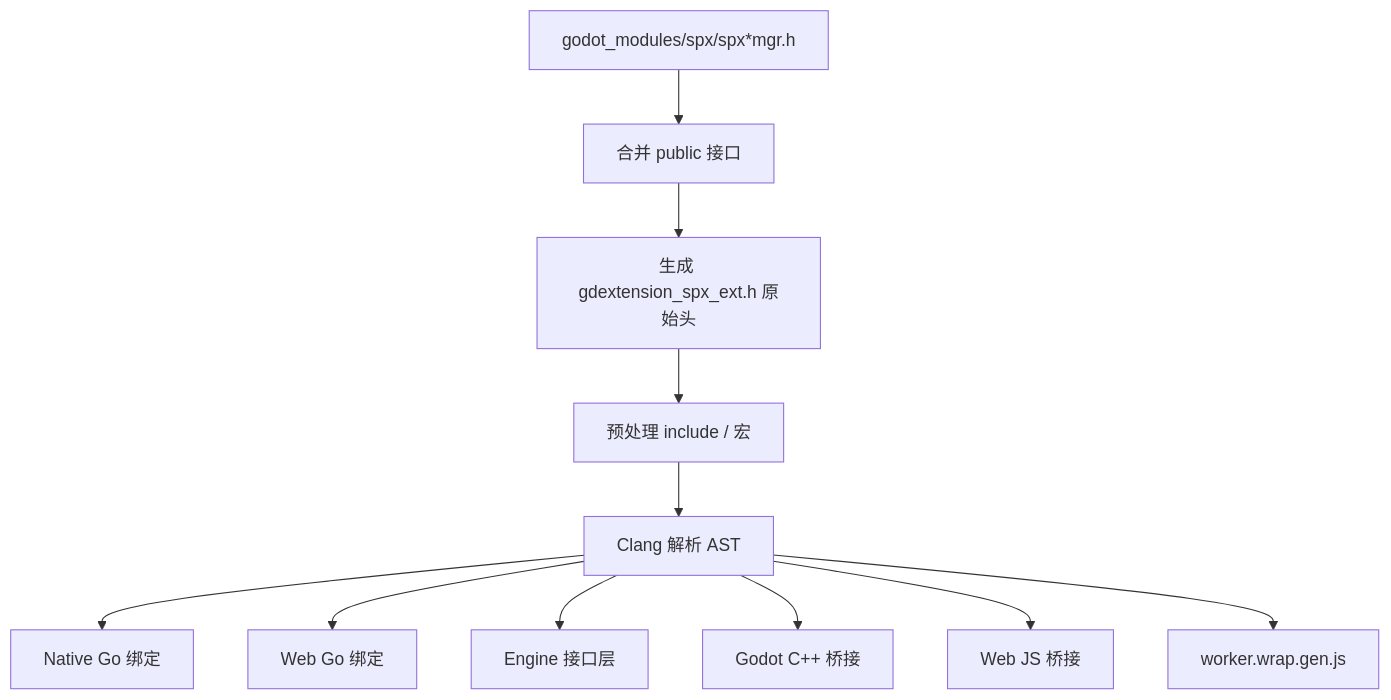
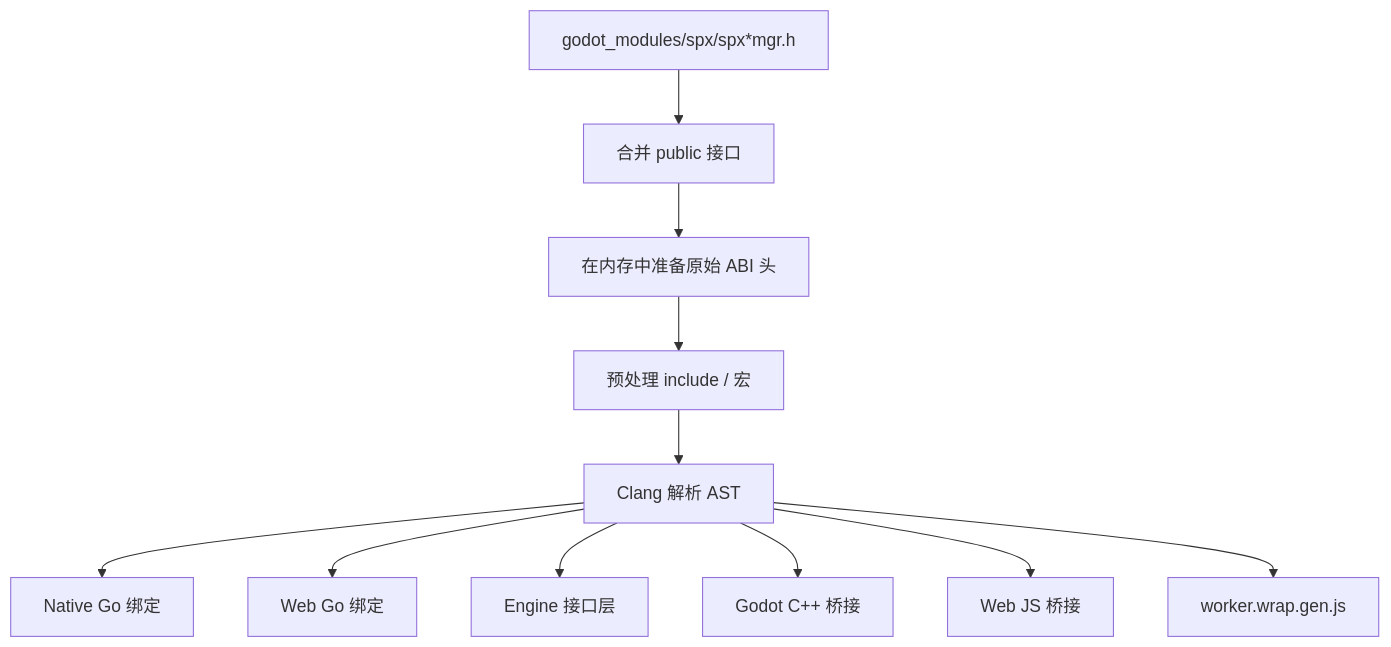
Before and after one commit to goplus/spx: the diagram in docs/zh/dev/engine/code_generator.md, drawn with Mermaid. The commit also changed other lines of this file and 95 other files, not shown here.

First line of the commit message:
refactor: simplify architecture boundaries and prepare project loads

````diff
--- a/docs/zh/dev/engine/code_generator.md
+++ b/docs/zh/dev/engine/code_generator.md
@@ -45,13 +45,13 @@
 ```mermaid
 graph TD
     A[godot_modules/spx/spx*mgr.h] --> B[合并 public 接口]
-    B --> C[生成 gdextension_spx_ext.h 原始头]
+    B --> C[在内存中准备原始 ABI 头]
     C --> D[预处理 include / 宏]
     D --> E[Clang 解析 AST]
     E --> F[Native Go 绑定]
     E --> G[Web Go 绑定]
     E --> H[Engine 接口层]
     E --> I[Godot C++ 桥接]
     E --> J[Web JS 桥接]
     E --> K[worker.wrap.gen.js]
 ```
````
